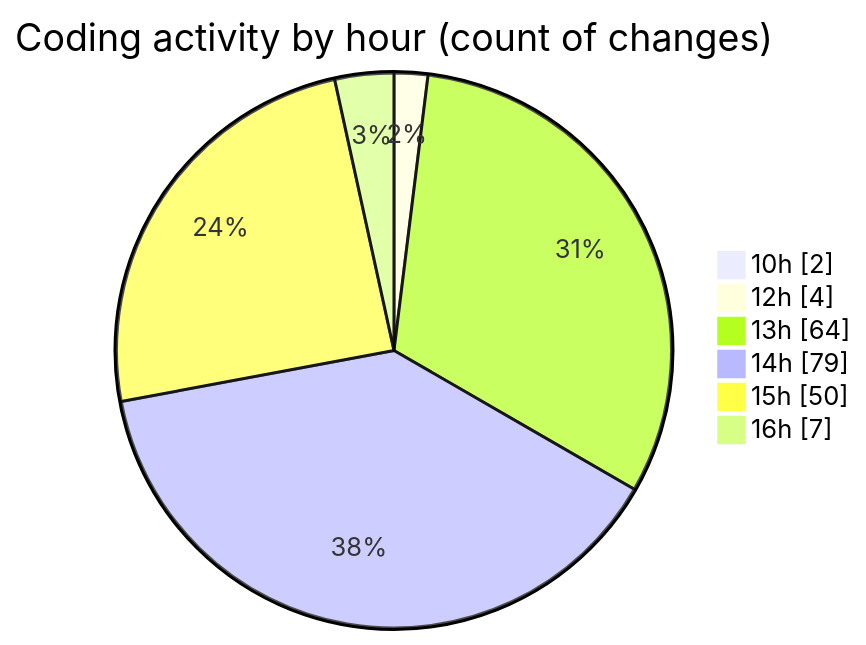
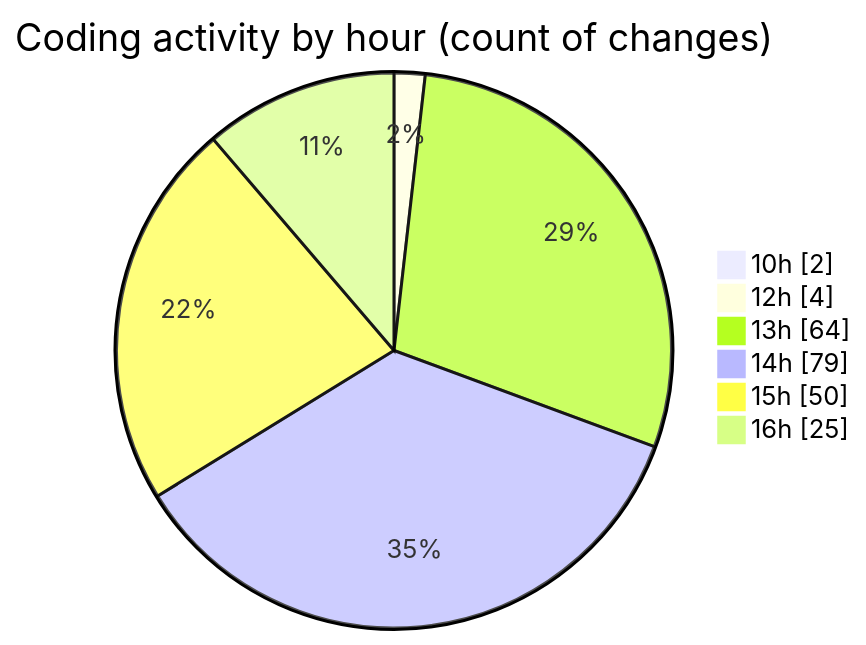
The second of 2 diagrams in 2026-04-30/cda/README.md (momahboobian/code-tracking), drawn with Mermaid before and after one commit. The commit also changed other lines of this file and 1 other file, not shown here.

````diff
--- a/2026-04-30/cda/README.md
+++ b/2026-04-30/cda/README.md
@@ -81,10 +81,10 @@
 ```mermaid
 pie showData
 title Coding activity by hour (count of changes)
 "10h" : 2
 "12h" : 4
 "13h" : 64
 "14h" : 79
 "15h" : 50
-"16h" : 7
+"16h" : 25
 ```
````
